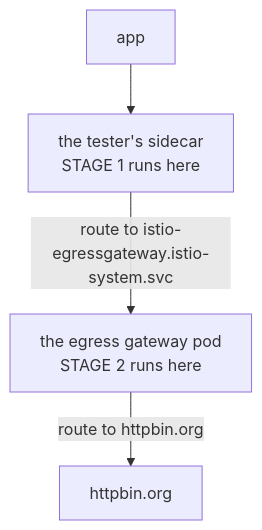
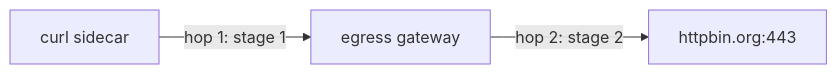
Before and after one commit to astrona-io/ATS014: the diagram in sections/section-080/module-01/course-02-the-two-stage-virtualservice.md, drawn with Mermaid. The commit also changed other lines of this file and 444 other files, not shown here.

````diff
--- a/sections/section-080/module-01/course-02-the-two-stage-virtualservice.md
+++ b/sections/section-080/module-01/course-02-the-two-stage-virtualservice.md
@@ -45,6 +9,5 @@
 ```mermaid
-flowchart TD
-    A["app"] --> S["the tester's sidecar<br/>STAGE 1 runs here"]
-    S -->|"route to istio-egressgateway.istio-system.svc"| G["the egress gateway pod<br/>STAGE 2 runs here"]
-    G -->|"route to httpbin.org"| H["httpbin.org"]
+flowchart LR
+    C["curl sidecar"] -->|"hop 1: stage 1"| EG["egress gateway"]
+    EG -->|"hop 2: stage 2"| X["httpbin.org:443"]
 ```
````
